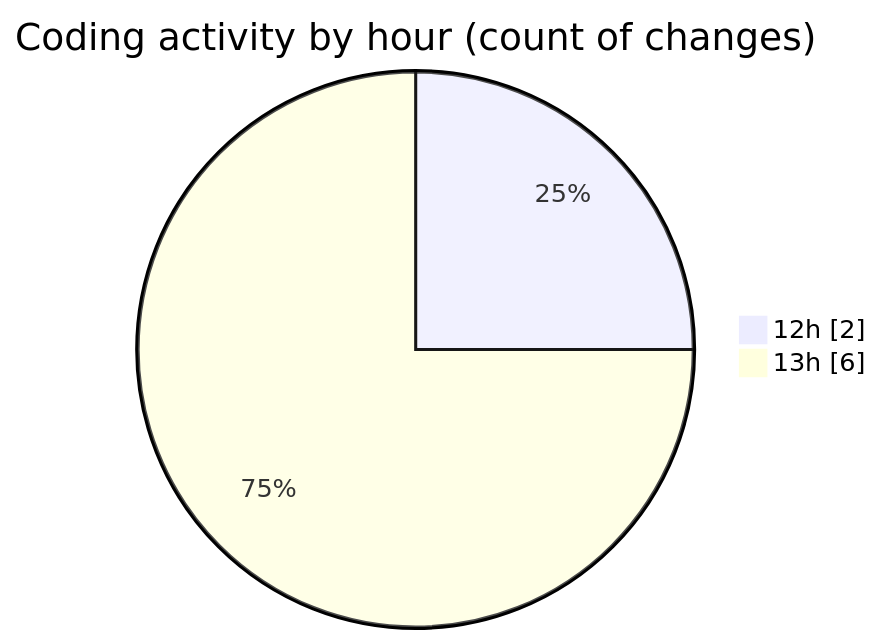
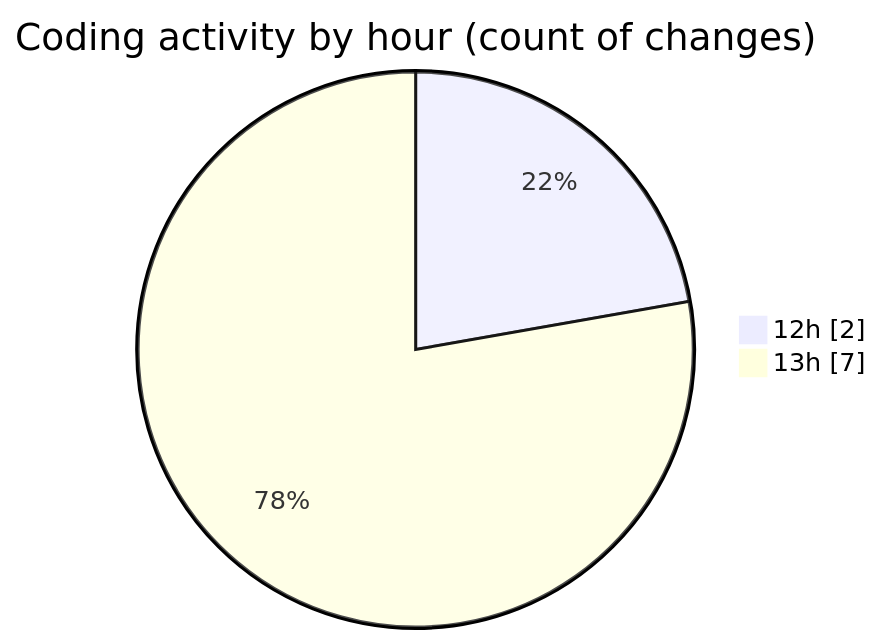
Before and after one commit to idhammustaqopulfikri/code-tracking: the second of 2 diagrams in 2025-11-13/futsal-recommender/README.md, drawn with Mermaid. The commit also changed other lines of this file and 1 other file, not shown here.

````diff
--- a/2025-11-13/futsal-recommender/README.md
+++ b/2025-11-13/futsal-recommender/README.md
@@ -34,6 +34,6 @@
 ```mermaid
 pie showData
 title Coding activity by hour (count of changes)
 "12h" : 2
-"13h" : 6
+"13h" : 7
 ```
````
